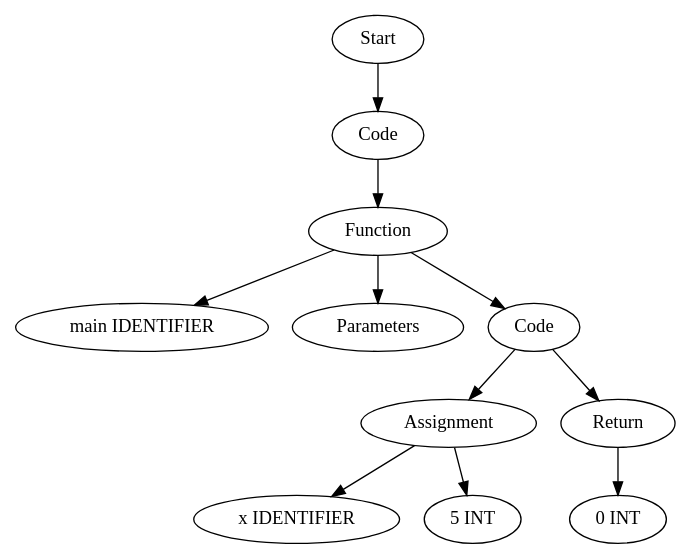
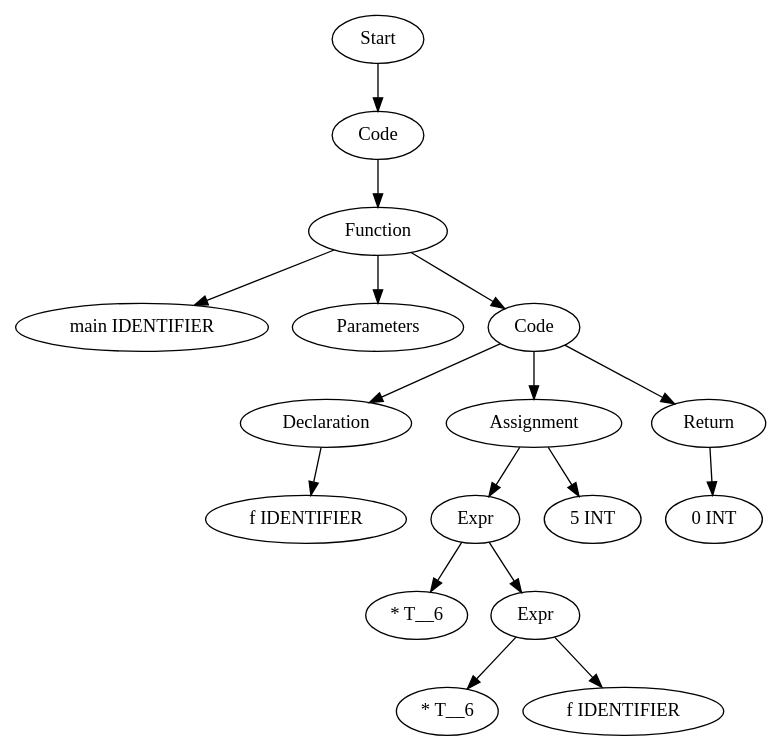
The diagram in TestCases/ASTTests/SemanticErrorsTests/createTests/read_file_before.dot (Are-you-listening/Compilers), drawn with Graphviz before and after one commit. The commit also changed 280 other files, not shown here.

```diff
--- a/TestCases/ASTTests/SemanticErrorsTests/createTests/read_file_before.dot
+++ b/TestCases/ASTTests/SemanticErrorsTests/createTests/read_file_before.dot
@@ -1,23 +1,35 @@
 digraph AST {
-  "139542446400640" [label="Start"];
-  "139542446400640" -> "139542446400160";
-  "139542446400160" [label="Code"];
-  "139542446400160" -> "139542446392384";
-  "139542446392384" [label="Function"];
-  "139542446392384" -> "139542446399824";
-  "139542446392384" -> "139542446403952";
-  "139542446392384" -> "139542446404480";
-  "139542446399824" [label="main IDENTIFIER"];
-  "139542446403952" [label="Parameters"];
-  "139542446404480" [label="Code"];
-  "139542446404480" -> "139542446393776";
-  "139542446404480" -> "139542446403808";
-  "139542446393776" [label="Assignment"];
-  "139542446393776" -> "139542446400448";
-  "139542446393776" -> "139542446394112";
-  "139542446400448" [label="x IDENTIFIER"];
-  "139542446394112" [label="5 INT"];
-  "139542446403808" [label="Return"];
-  "139542446403808" -> "139542446393008";
-  "139542446393008" [label="0 INT"];
+  "132721218027584" [label="Start"];
+  "132721218027584" -> "132721218031376";
+  "132721218031376" [label="Code"];
+  "132721218031376" -> "132721218042752";
+  "132721218042752" [label="Function"];
+  "132721218042752" -> "132721218029600";
+  "132721218042752" -> "132721218032672";
+  "132721218042752" -> "132721218179504";
+  "132721218029600" [label="main IDENTIFIER"];
+  "132721218032672" [label="Parameters"];
+  "132721218179504" [label="Code"];
+  "132721218179504" -> "132721218181904";
+  "132721218179504" -> "132721218179168";
+  "132721218179504" -> "132721218179552";
+  "132721218181904" [label="Declaration"];
+  "132721218181904" -> "132721218175376";
+  "132721218175376" [label="f IDENTIFIER"];
+  "132721218179168" [label="Assignment"];
+  "132721218179168" -> "132721218176240";
+  "132721218179168" -> "132721218175856";
+  "132721218176240" [label="Expr"];
+  "132721218176240" -> "132721218175280";
+  "132721218176240" -> "132721218176624";
+  "132721218175280" [label="* T__6"];
+  "132721218176624" [label="Expr"];
+  "132721218176624" -> "132721218180848";
+  "132721218176624" -> "132721218180416";
+  "132721218180848" [label="* T__6"];
+  "132721218180416" [label="f IDENTIFIER"];
+  "132721218175856" [label="5 INT"];
+  "132721218179552" [label="Return"];
+  "132721218179552" -> "132721218182624";
+  "132721218182624" [label="0 INT"];
 }
```
